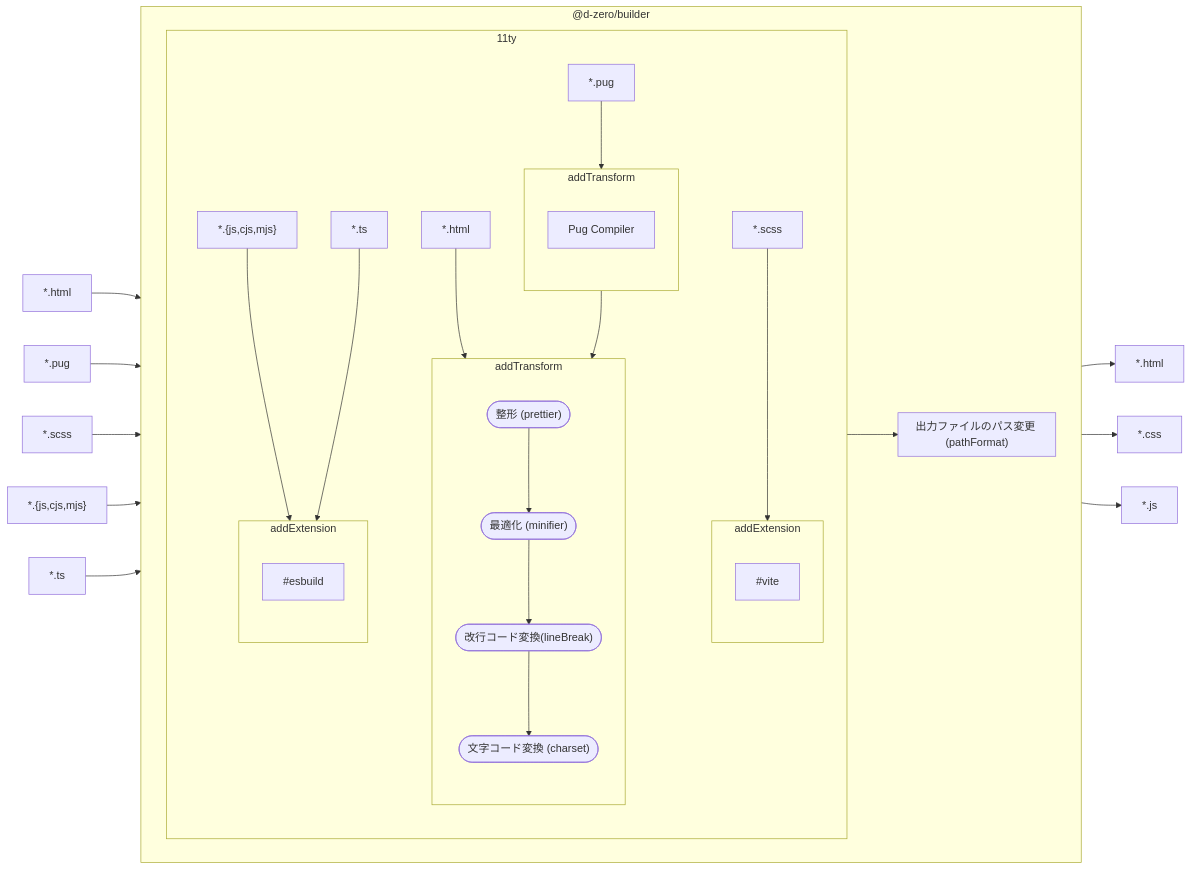
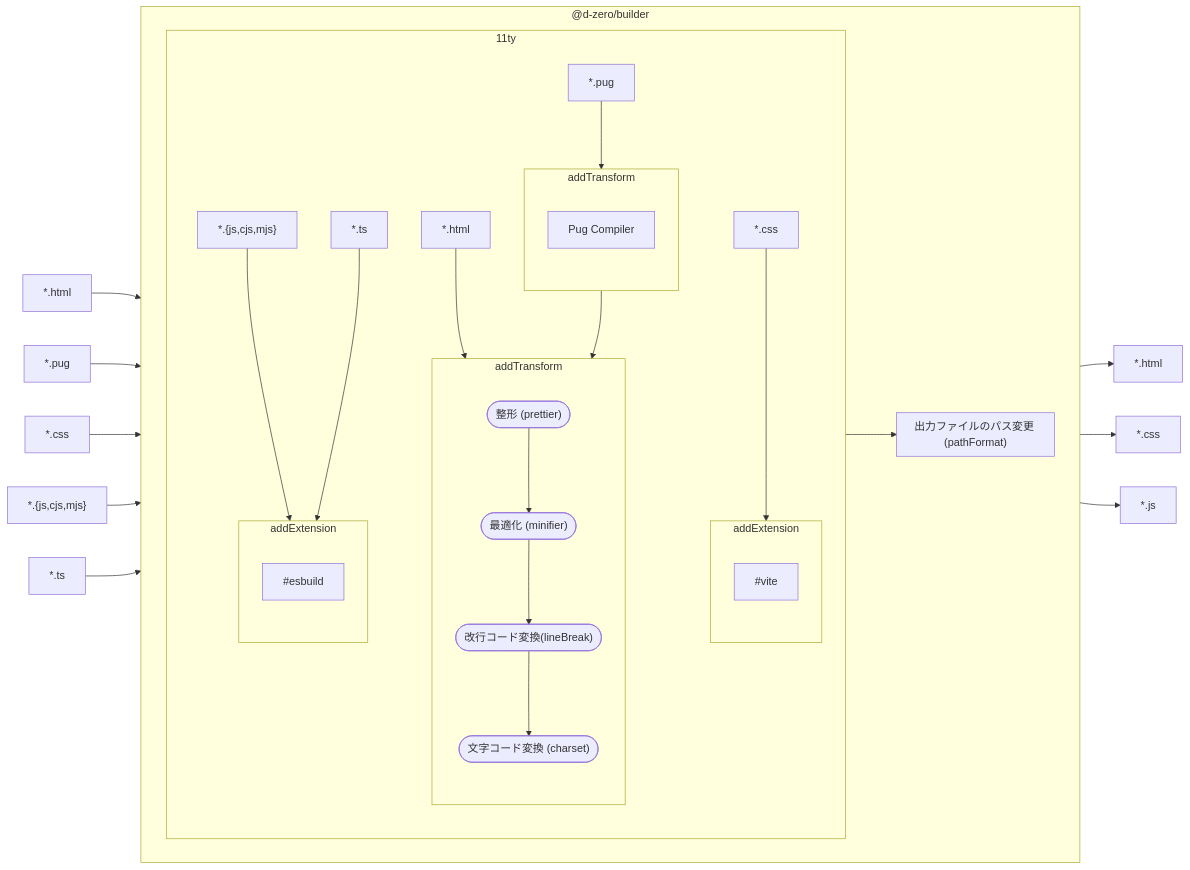
The diagram in src/html/builder.md (d-zero-dev/frontend-guidelines), drawn with Mermaid before and after one commit. The commit also changed other lines of this file and 2 other files, not shown here.

Commit message:
Remove final SASS references from environment, HTML builder, and naming docs

````diff
--- a/src/html/builder.md
+++ b/src/html/builder.md
@@ -5,72 +5,72 @@
 ```mermaid
 flowchart LR
 	#inHTML["*.html"]
 	#inPug["*.pug"]
-	#inSCSS["*.scss"]
+	#inCSS["*.css"]
 	#inJS["*.{js,cjs,mjs}"]
 	#inTS["*.ts"]
 	#outHTML["*.html"]
 	#outCSS["*.css"]
 	#outJS["*.js"]
 
 	#inHTML --> #dzBuilder
 	#inPug --> #dzBuilder
-	#inSCSS --> #dzBuilder
+	#inCSS --> #dzBuilder
 	#inJS --> #dzBuilder
 	#inTS --> #dzBuilder
 	#dzBuilder --> #outHTML
 	#dzBuilder --> #outCSS
 	#dzBuilder --> #outJS
 
 	subgraph #dzBuilder["@d-zero/builder"]
 		direction LR
 
 		subgraph #eleventy["11ty"]
 			#html["*.html"]
 			#pug["*.pug"]
-			#scss["*.scss"]
+			#css["*.css"]
 			#js["*.{js,cjs,mjs}"]
 			#ts["*.ts"]
 
 			subgraph #transformPug["addTransform"]
 				direction TB
 
 				#pugCompiler["Pug Compiler"]
 			end
 
 			subgraph #transformHTML["addTransform"]
 				direction TB
 
 				#prettier(["整形 (prettier)"])
 				#minifier(["最適化 (minifier)"])
 				#lineBreak(["改行コード変換(lineBreak)"])
 				#charset(["文字コード変換 (charset)"])
 
 				#prettier --> #minifier --> #lineBreak --> #charset
 			end
 
 			subgraph #transpileCSS["addExtension"]
 				direction TB
 
 				#vite
 			end
 
 			subgraph #transpileJS["addExtension"]
 				direction TB
 
 				#esbuild
 			end
 
 			#html --> #transformHTML
 			#pug --> #transformPug --> #transformHTML
-			#scss --> #transpileCSS
+			#css --> #transpileCSS
 			#js --> #transpileJS
 			#ts --> #transpileJS
 		end
 
 		subgraph #pathFormat["出力ファイルのパス変更 (pathFormat)"]
 		end
 
 		#eleventy --> #pathFormat
 	end
 ```
````
